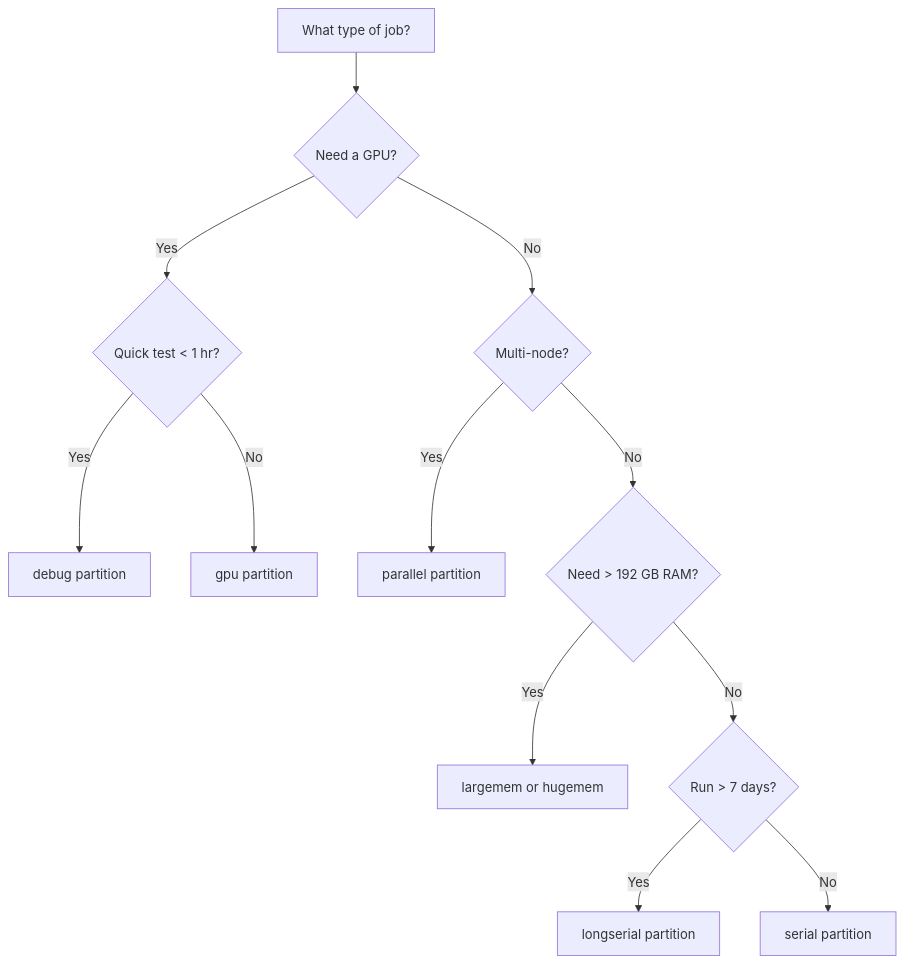
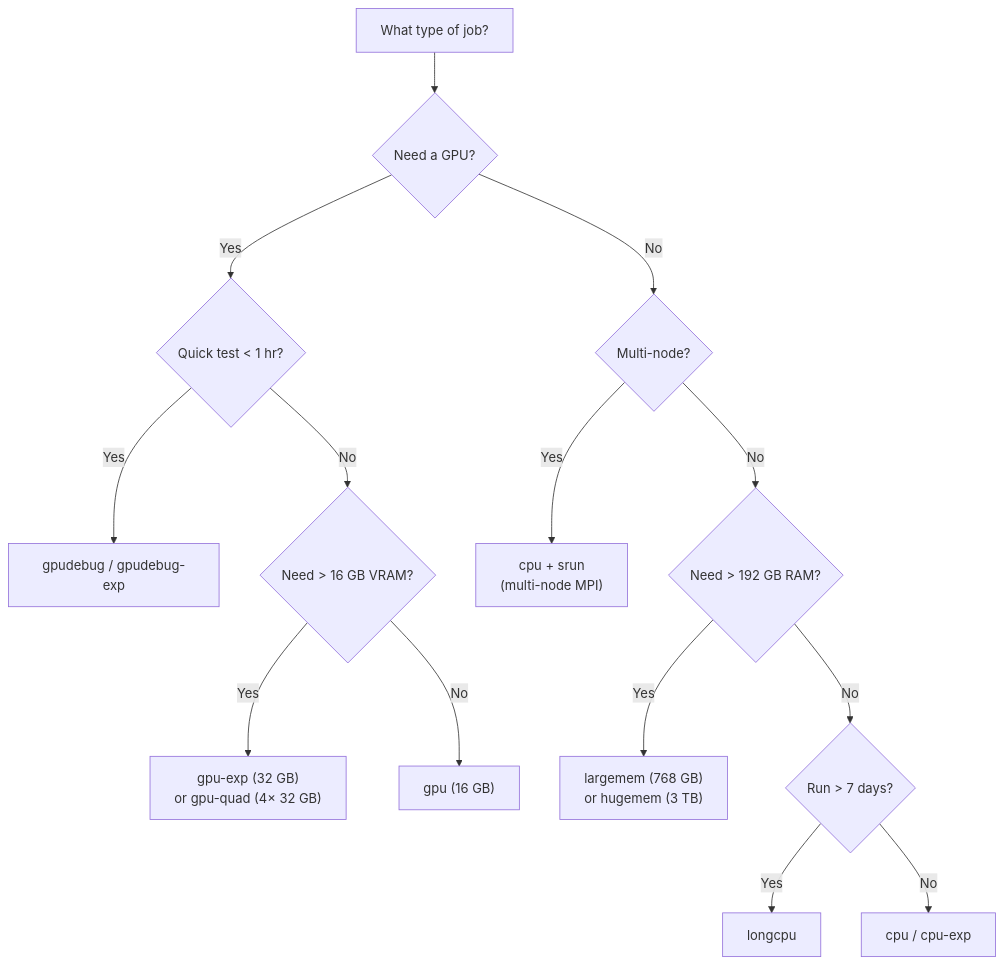
Before and after one commit to OSU-CAR-MSL/lab-setup-guide: the second of 3 diagrams in docs/osc-basics/osc-clusters-overview.md, drawn with Mermaid. The commit also changed other lines of this file and 65 other files, not shown here.

````diff
--- a/docs/osc-basics/osc-clusters-overview.md
+++ b/docs/osc-basics/osc-clusters-overview.md
@@ -117,14 +136,16 @@
 ```mermaid
 flowchart TD
     A[What type of job?] --> B{Need a GPU?}
     B -->|Yes| C{Quick test < 1 hr?}
     B -->|No| D{Multi-node?}
-    C -->|Yes| E[debug partition]
-    C -->|No| F[gpu partition]
-    D -->|Yes| G[parallel partition]
-    D -->|No| H{Need > 192 GB RAM?}
-    H -->|Yes| I[largemem or hugemem]
-    H -->|No| J{Run > 7 days?}
-    J -->|Yes| K[longserial partition]
-    J -->|No| L[serial partition]
+    C -->|Yes| E["gpudebug / gpudebug-exp"]
+    C -->|No| F{Need > 16 GB VRAM?}
+    F -->|Yes| G["gpu-exp (32 GB)\nor gpu-quad (4× 32 GB)"]
+    F -->|No| H["gpu (16 GB)"]
+    D -->|Yes| I["cpu + srun\n(multi-node MPI)"]
+    D -->|No| J{Need > 192 GB RAM?}
+    J -->|Yes| K["largemem (768 GB)\nor hugemem (3 TB)"]
+    J -->|No| L{Run > 7 days?}
+    L -->|Yes| M[longcpu]
+    L -->|No| N["cpu / cpu-exp"]
 ```
````
